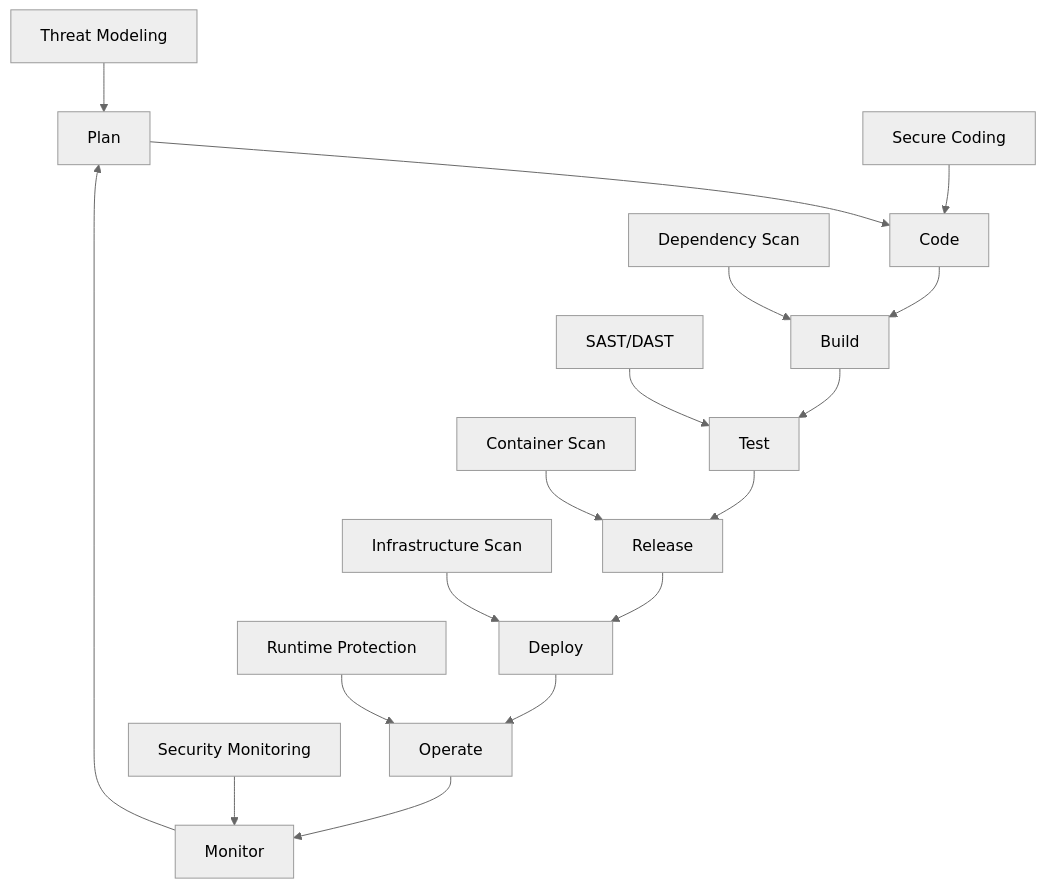
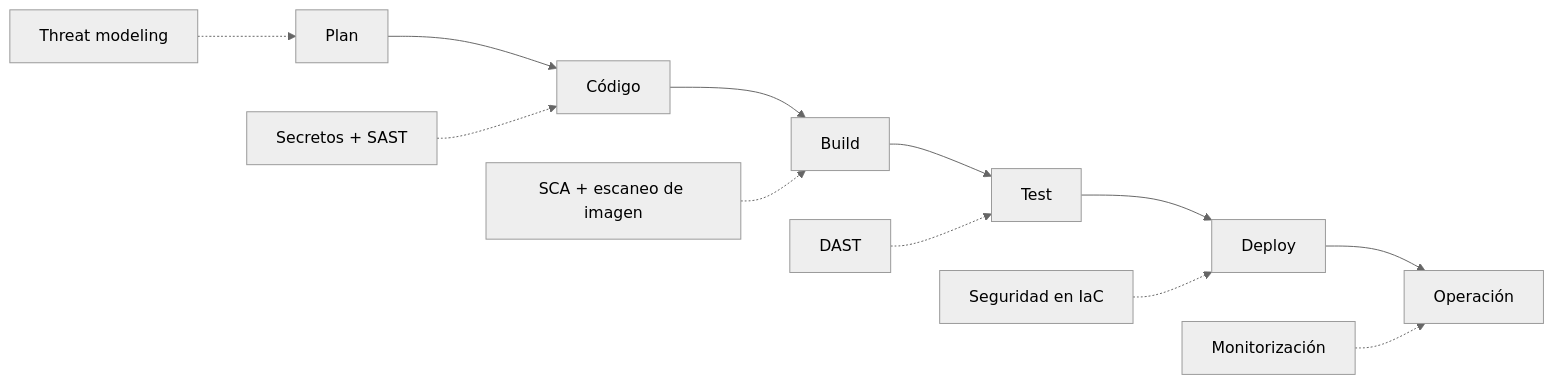
The diagram in docs/cursos/devops/204.Seguridad.md (pabpereza/pabpereza), drawn with Mermaid (neutral theme) before and after one commit. The commit also changed other lines of this file and 39 other files, not shown here.

````diff
--- a/docs/cursos/devops/204.Seguridad.md
+++ b/docs/cursos/devops/204.Seguridad.md
@@ -17,20 +51,15 @@
 ```mermaid
-graph TD
-    A[Plan] --> B[Code]
+graph LR
+    A[Plan] --> B[Código]
     B --> C[Build]
     C --> D[Test]
-    D --> E[Release]
-    E --> F[Deploy]
-    F --> G[Operate]
-    G --> H[Monitor]
-    H --> A
-    
-    A1[Threat Modeling] --> A
-    B1[Secure Coding] --> B
-    C1[Dependency Scan] --> C
-    D1[SAST/DAST] --> D
-    E1[Container Scan] --> E
-    F1[Infrastructure Scan] --> F
-    G1[Runtime Protection] --> G
-    H1[Security Monitoring] --> H
+    D --> E[Deploy]
+    E --> F[Operación]
+
+    A1[Threat modeling] -.-> A
+    B1[Secretos + SAST] -.-> B
+    C1[SCA + escaneo de imagen] -.-> C
+    D1[DAST] -.-> D
+    E1[Seguridad en IaC] -.-> E
+    F1[Monitorización] -.-> F
 ```
````
